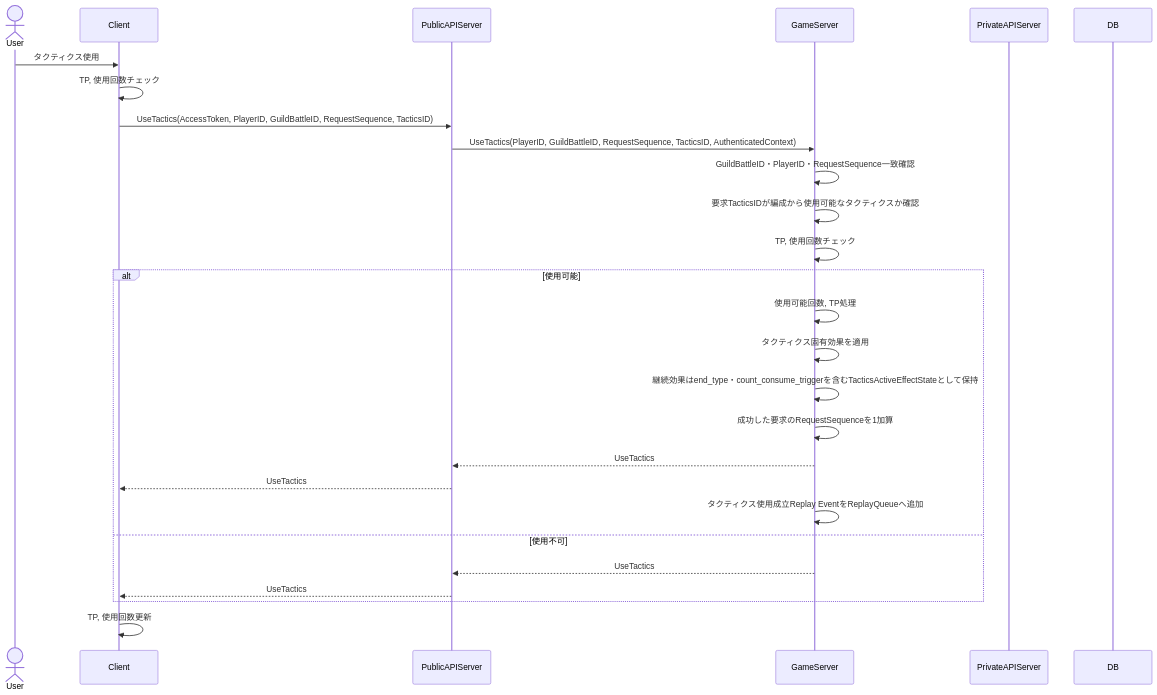
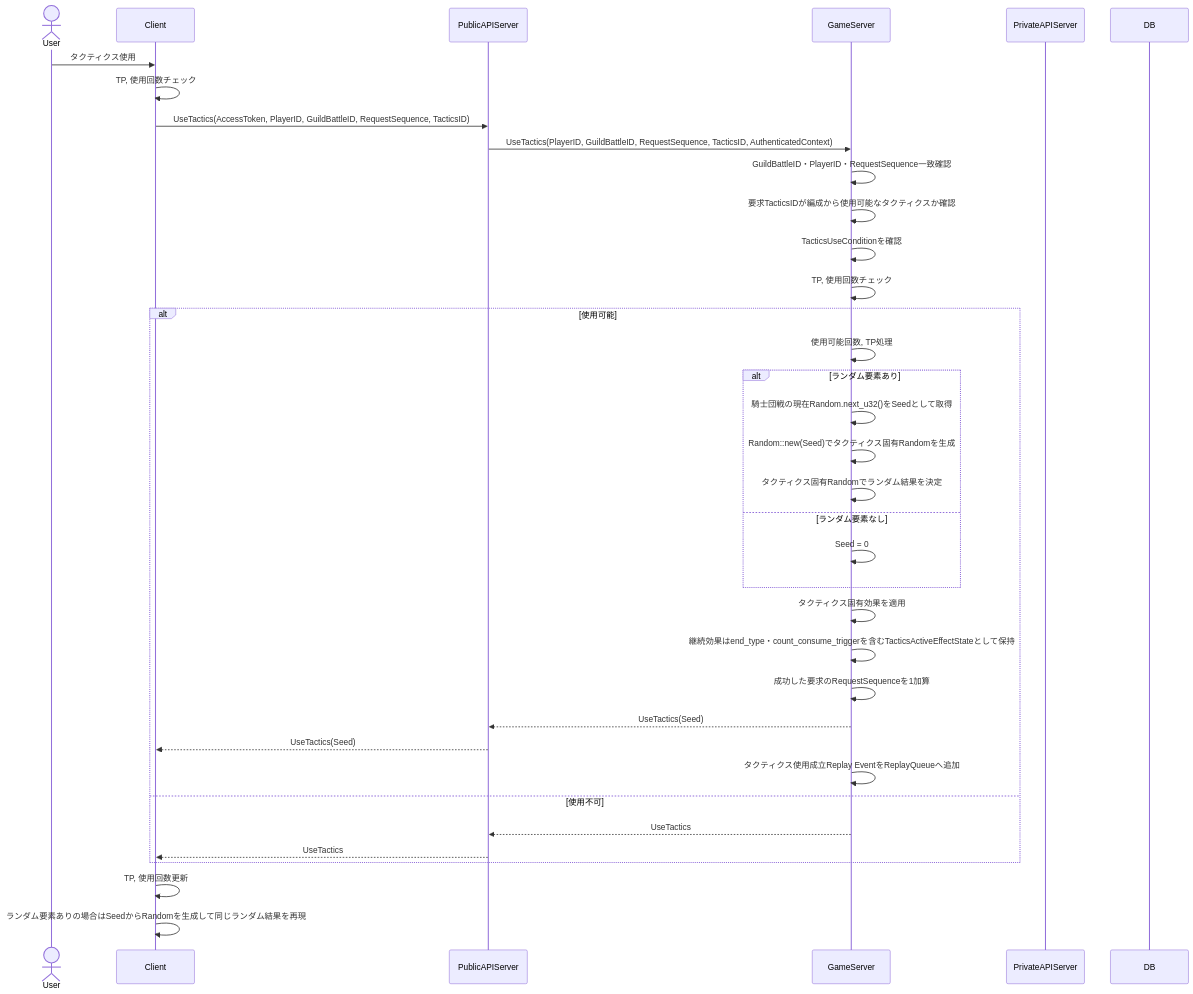
Before and after one commit to ReHydrangeaOdyssey/Specifications: the fifth of 13 diagrams in design/server/guild_battle.md, drawn with Mermaid. The commit also changed other lines of this file and 22 other files, not shown here.

````diff
--- a/design/server/guild_battle.md
+++ b/design/server/guild_battle.md
@@ -312,34 +315,43 @@
 ``` mermaid
 sequenceDiagram
     actor User
     participant Client
     participant PublicAPIServer
     participant GameServer
     participant PrivateAPIServer
     participant DB
 
     User->>Client: タクティクス使用
     Client->>Client: TP, 使用回数チェック
     Client->>PublicAPIServer: UseTactics(AccessToken, PlayerID, GuildBattleID, RequestSequence, TacticsID)
     PublicAPIServer->>GameServer: UseTactics(PlayerID, GuildBattleID, RequestSequence, TacticsID, AuthenticatedContext)
 
     GameServer->>GameServer: GuildBattleID・PlayerID・RequestSequence一致確認
     GameServer->>GameServer: 要求TacticsIDが編成から使用可能なタクティクスか確認
+    GameServer->>GameServer: TacticsUseConditionを確認
     GameServer->>GameServer: TP, 使用回数チェック
 
     alt 使用可能
         GameServer->>GameServer: 使用可能回数, TP処理
+        alt ランダム要素あり
+            GameServer->>GameServer: 騎士団戦の現在Random.next_u32()をSeedとして取得
+            GameServer->>GameServer: Random::new(Seed)でタクティクス固有Randomを生成
+            GameServer->>GameServer: タクティクス固有Randomでランダム結果を決定
+        else ランダム要素なし
+            GameServer->>GameServer: Seed = 0
+        end
         GameServer->>GameServer: タクティクス固有効果を適用
         GameServer->>GameServer: 継続効果はend_type・count_consume_triggerを含むTacticsActiveEffectStateとして保持
         GameServer->>GameServer: 成功した要求のRequestSequenceを1加算
-        GameServer-->>PublicAPIServer: UseTactics
-        PublicAPIServer-->>Client: UseTactics
+        GameServer-->>PublicAPIServer: UseTactics(Seed)
+        PublicAPIServer-->>Client: UseTactics(Seed)
 
         GameServer ->> GameServer: タクティクス使用成立Replay EventをReplayQueueへ追加
     else 使用不可
         GameServer-->>PublicAPIServer: UseTactics
         PublicAPIServer-->>Client: UseTactics
     end
     
     Client->>Client: TP, 使用回数更新
+    Client->>Client: ランダム要素ありの場合はSeedからRandomを生成して同じランダム結果を再現
 ```
````
